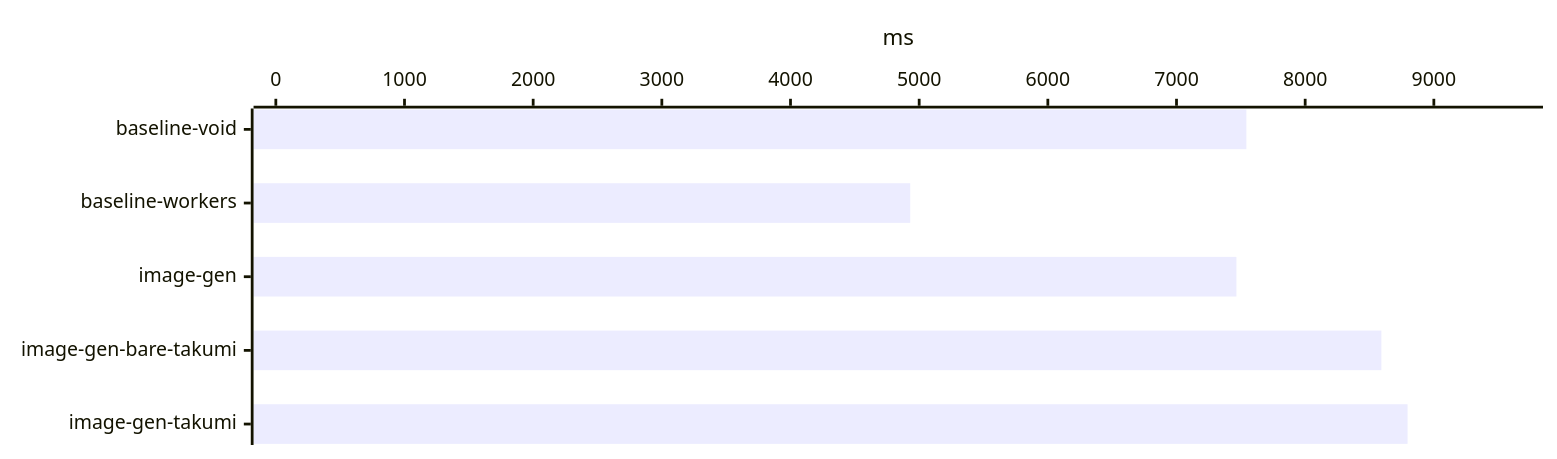
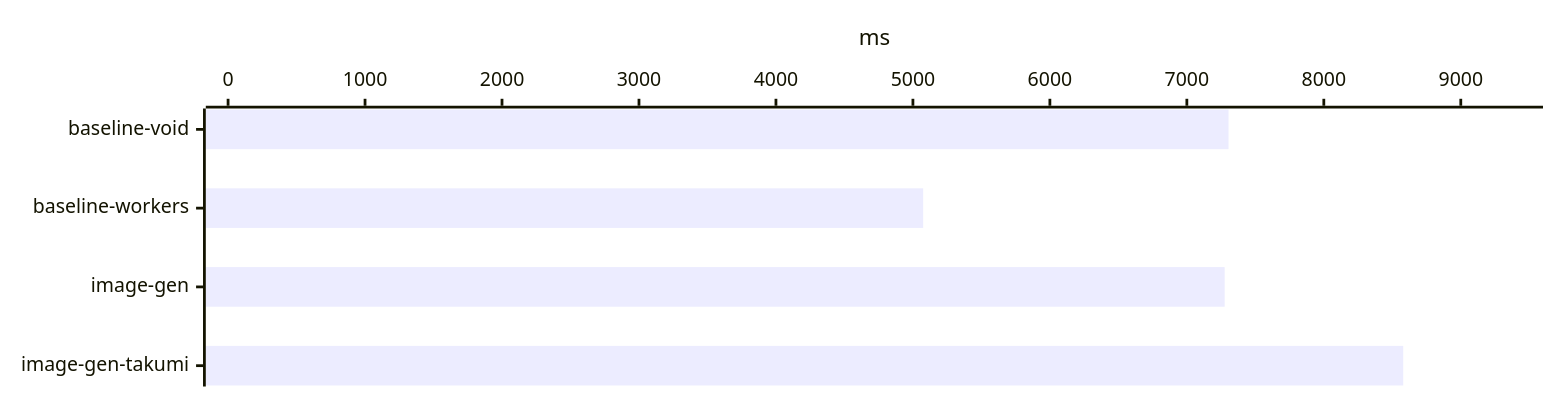
Before and after one commit to voidzero-dev/void: the fourth of 25 diagrams in benchmark/report.md, drawn with Mermaid. The commit also changed other lines of this file and 6 other files, not shown here.

````diff
--- a/benchmark/report.md
+++ b/benchmark/report.md
@@ -87,12 +85,12 @@
 ```mermaid
 ---
 config:
   xyChart:
     width: 1100
-    height: 310
+    height: 268
 ---
 xychart-beta horizontal
-    x-axis ["baseline-void", "baseline-workers", "image-gen", "image-gen-bare-takumi", "image-gen-takumi"]
-    y-axis "ms" 0 --> 9675.2333
-    bar [7543, 4930.3333, 7465.6667, 8592.3333, 8795.6667]
+    x-axis ["baseline-void", "baseline-workers", "image-gen", "image-gen-takumi"]
+    y-axis "ms" 0 --> 9437.6333
+    bar [7304.3333, 5075, 7276, 8579.6667]
 ```
````
